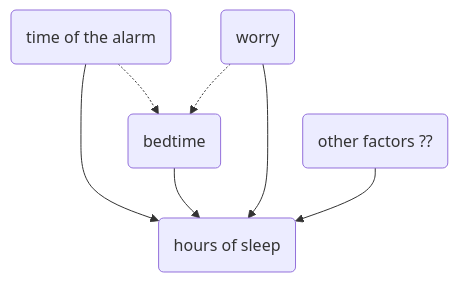
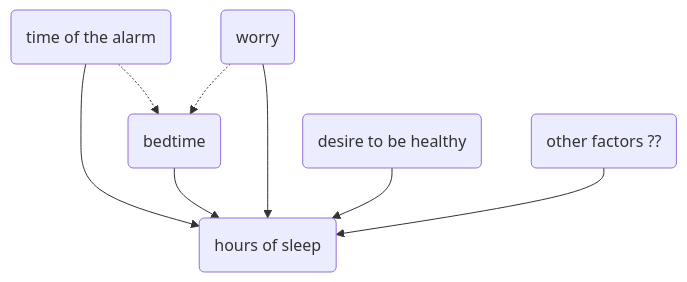
Before and after one commit to ethanweed/ExPsyLing: the diagram in 2022/Slides/Lecture-06.md, drawn with Mermaid. The commit also changed 2 other files, not shown here.

Commit message:
auto-updated with build.sh

````diff
--- a/2022/Slides/Lecture-06.md
+++ b/2022/Slides/Lecture-06.md
@@ -179,10 +179,11 @@
 ```{.mermaid format=svg  theme=neutral width=400 }
 graph TB
 A(time of the alarm) -->B(hours of sleep)
 C(bedtime) -->B
 A-.->C
 D(worry)-->B
 D-.->C
-E(other factors ??)-->B
+E(desire to be healthy)-->B
+F(other factors ??)-->B
 
 ```
````
